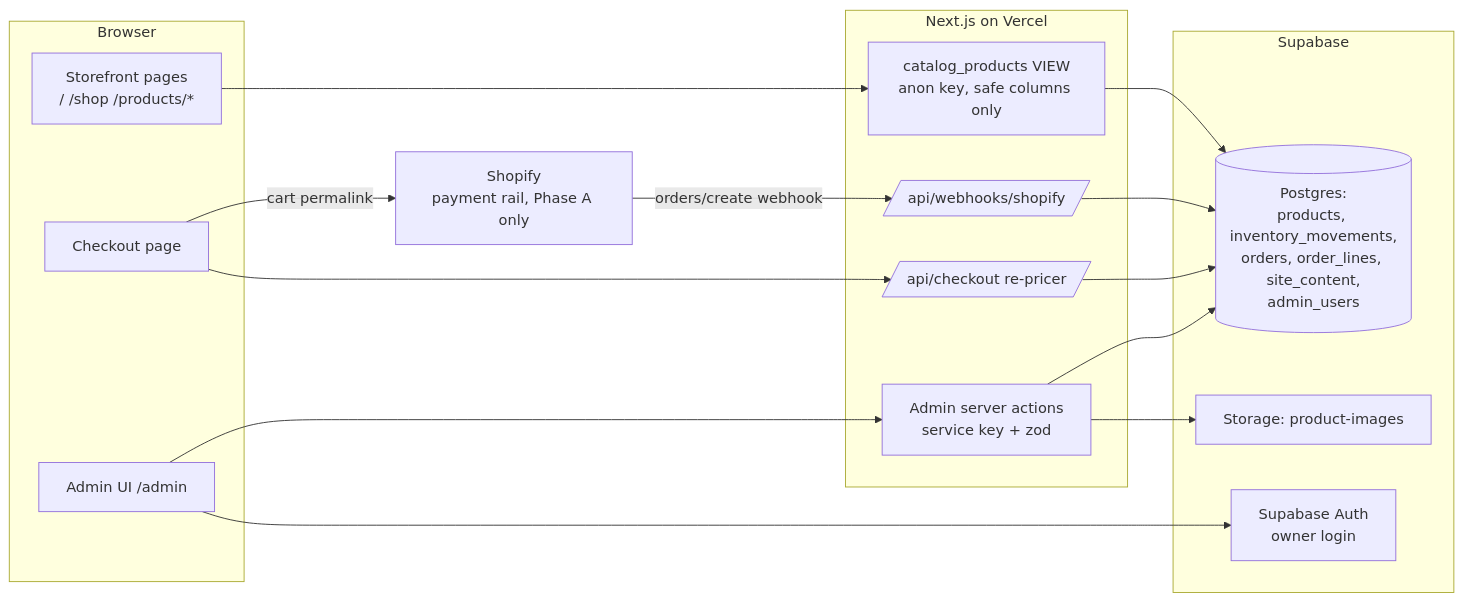
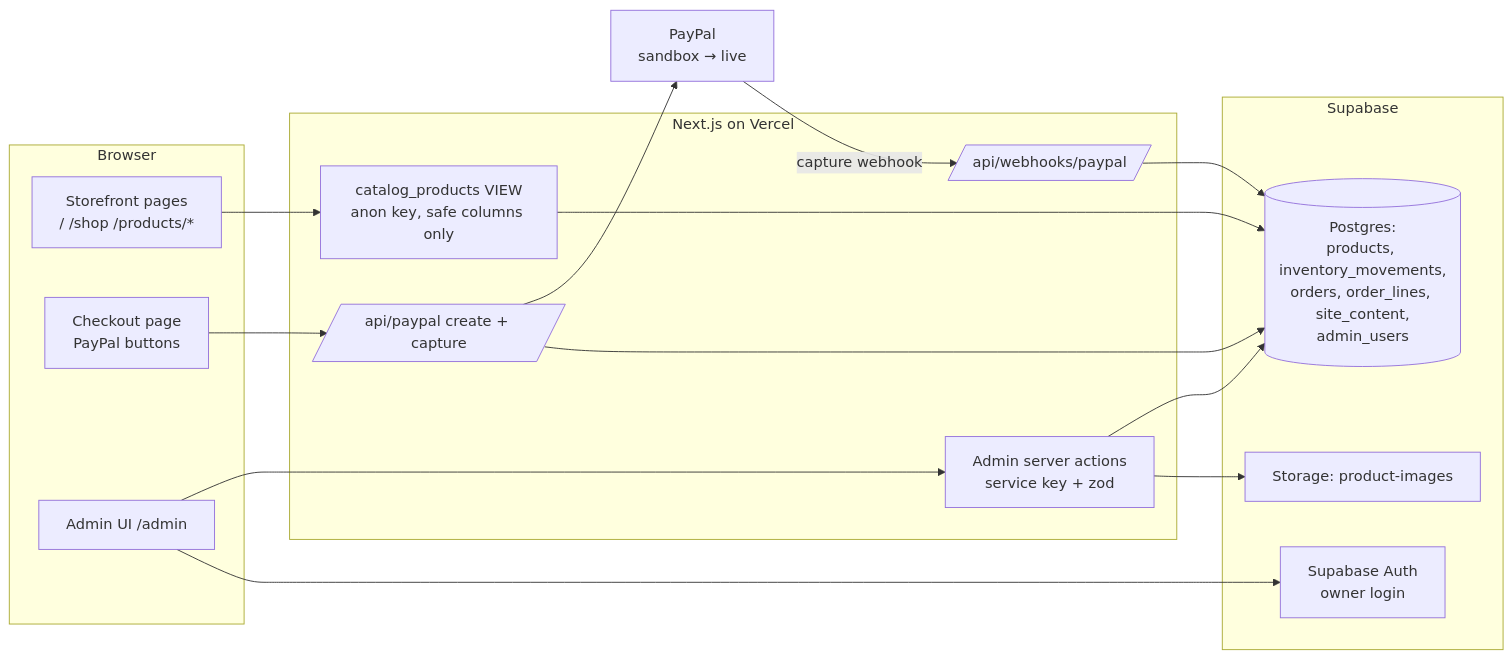
The first of 2 diagrams in docs/admin-design.md (CharlesChi715/goldrose-storefront), drawn with Mermaid before and after one commit. The commit also changed other lines of this file and 2 other files, not shown here.

First line of the commit message:
docs(admin): Rev 2 — drop the Shopify transition phase entirely

````diff
--- a/docs/admin-design.md
+++ b/docs/admin-design.md
@@ -50,28 +52,28 @@
 ```mermaid
 flowchart LR
   subgraph Browser
     SF[Storefront pages<br/>/ /shop /products/*]
-    CO[Checkout page]
+    CO[Checkout page<br/>PayPal buttons]
     AD[Admin UI /admin]
   end
   subgraph Vercel["Next.js on Vercel"]
     VIEW[catalog_products VIEW<br/>anon key, safe columns only]
     SA[Admin server actions<br/>service key + zod]
-    API[/api/checkout re-pricer/]
-    WH[/api/webhooks/shopify/]
+    PPA[/api/paypal create + capture/]
+    WH[/api/webhooks/paypal/]
   end
   subgraph Supabase
     DB[(Postgres:<br/>products, inventory_movements,<br/>orders, order_lines, site_content,<br/>admin_users)]
     AUTH[Supabase Auth<br/>owner login]
     STOR[Storage: product-images]
   end
-  SHOP[Shopify<br/>payment rail, Phase A only]
+  PP[PayPal<br/>sandbox → live]
 
   SF --> VIEW --> DB
-  CO -->|cart permalink| SHOP
-  SHOP -->|orders/create webhook| WH --> DB
-  CO --> API --> DB
+  CO --> PPA --> PP
+  PP -->|capture webhook| WH --> DB
+  PPA --> DB
   AD --> SA --> DB
   AD --> AUTH
   SA --> STOR
 ```
````
